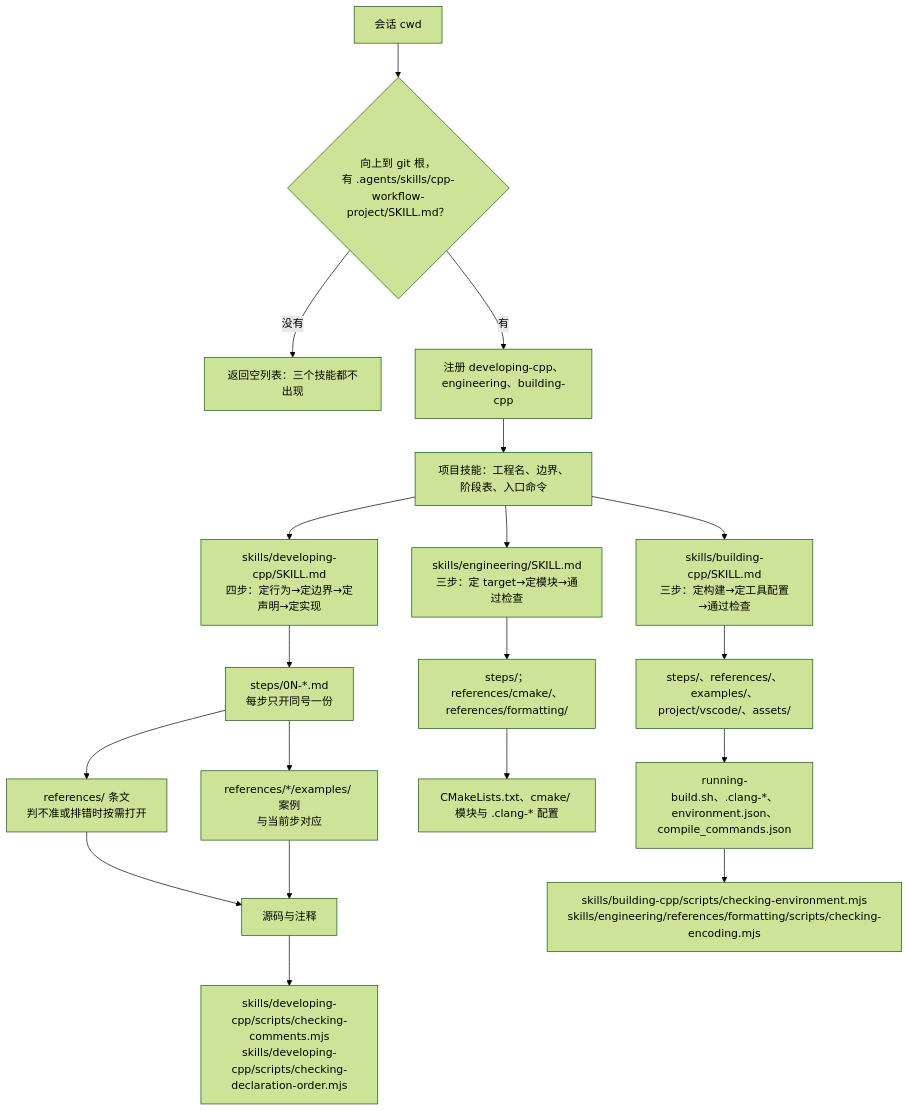
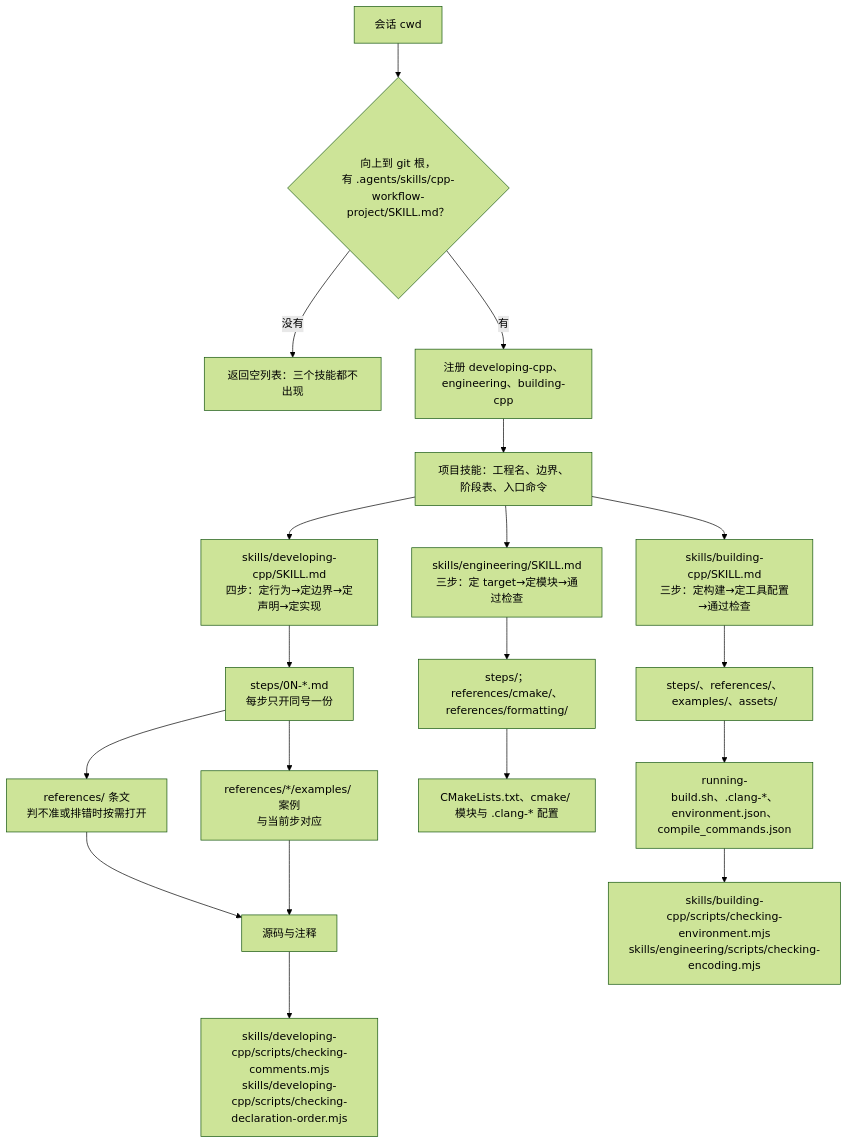
One commit to chengzhao-dev/dsh-cpp-workflow changed the diagram in docs/architecture.md. Above: the diagram before and after it, drawn with Mermaid (forest theme). The commit also changed other lines of this file and 229 other files, not shown here.

````diff
--- a/docs/architecture.md
+++ b/docs/architecture.md
@@ -7,21 +7,21 @@
 ```mermaid
 flowchart TD
     A["会话 cwd"] --> B{"向上到 git 根，<br/>有 .agents/skills/cpp-workflow-project/SKILL.md？"}
     B -- 没有 --> C["返回空列表：三个技能都不出现"]
     B -- 有 --> D["注册 developing-cpp、engineering、building-cpp"]
     D --> E["项目技能：工程名、边界、阶段表、入口命令"]
     E --> F["skills/developing-cpp/SKILL.md<br/>四步：定行为→定边界→定声明→定实现"]
     F --> G["steps/0N-*.md<br/>每步只开同号一份"]
     G --> H["references/ 条文<br/>判不准或排错时按需打开"]
     G --> I["references/*/examples/ 案例<br/>与当前步对应"]
     H --> J["源码与注释"]
     I --> J
     J --> K["skills/developing-cpp/scripts/checking-comments.mjs<br/>skills/developing-cpp/scripts/checking-declaration-order.mjs"]
     E --> L["skills/engineering/SKILL.md<br/>三步：定 target→定模块→通过检查"]
     L --> M["steps/；references/cmake/、references/formatting/"]
     M --> N["CMakeLists.txt、cmake/ 模块与 .clang-* 配置"]
     E --> O["skills/building-cpp/SKILL.md<br/>三步：定构建→定工具配置→通过检查"]
-    O --> P["steps/、references/、examples/、project/vscode/、assets/"]
+    O --> P["steps/、references/、examples/、assets/"]
     P --> Q["running-build.sh、.clang-*、environment.json、compile_commands.json"]
-    Q --> R["skills/building-cpp/scripts/checking-environment.mjs<br/>skills/engineering/references/formatting/scripts/checking-encoding.mjs"]
+    Q --> R["skills/building-cpp/scripts/checking-environment.mjs<br/>skills/engineering/scripts/checking-encoding.mjs"]
 ```
````
